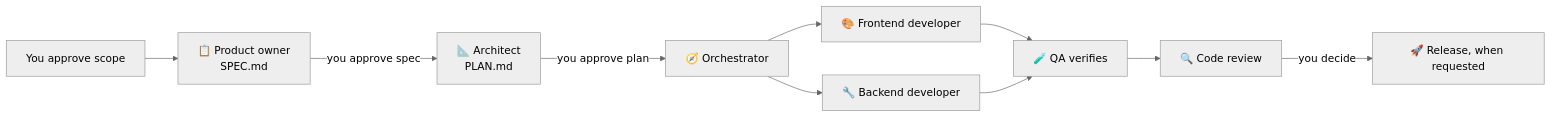
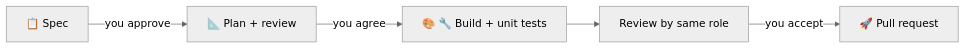
One commit to rakib045/agentic-sdlc-tools changed the diagram in README.md. Above: the diagram before and after it, drawn with Mermaid (neutral theme). The commit also changed other lines of this file and 16 other files, not shown here.

````diff
--- a/README.md
+++ b/README.md
@@ -93,12 +150,7 @@
 ```mermaid
 flowchart LR
-    H[You approve scope] --> PO[📋 Product owner<br/>SPEC.md]
-    PO -->|you approve spec| SA[📐 Architect<br/>PLAN.md]
-    SA -->|you approve plan| O[🧭 Orchestrator]
-    O --> FE[🎨 Frontend developer]
-    O --> BE[🔧 Backend developer]
-    FE --> QA[🧪 QA verifies]
-    BE --> QA
-    QA --> CR[🔍 Code review]
-    CR -->|you decide| D[🚀 Release, when requested]
+    S[📋 Spec] -->|you approve| P[📐 Plan + review]
+    P -->|you agree| B[🎨 🔧 Build + unit tests]
+    B --> R[Review by same role]
+    R -->|you accept| PR[🚀 Pull request]
 ```
````
